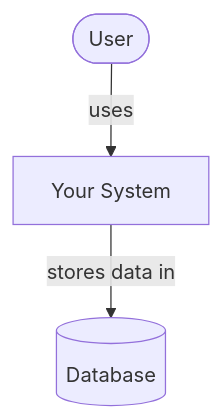
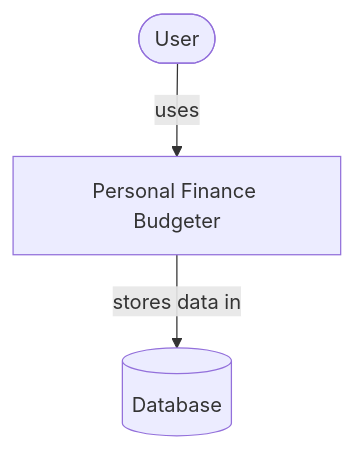
Before and after one commit to Archacez/cen5064-project-severino: the first of 4 diagrams in README.md, drawn with Mermaid. The commit also changed other lines of this file, not shown here.

First line of the commit message:
L2 studio: C4 + class diagram

````diff
--- a/README.md
+++ b/README.md
@@ -36,6 +36,6 @@
 ```mermaid
 %% Replace this placeholder with YOUR system's context diagram.
 flowchart TB
-    user([User]) -->|uses| system[Your System]
+    user([User]) -->|uses| system[Personal Finance Budgeter]
     system -->|stores data in| db[(Database)]
 ```
````
